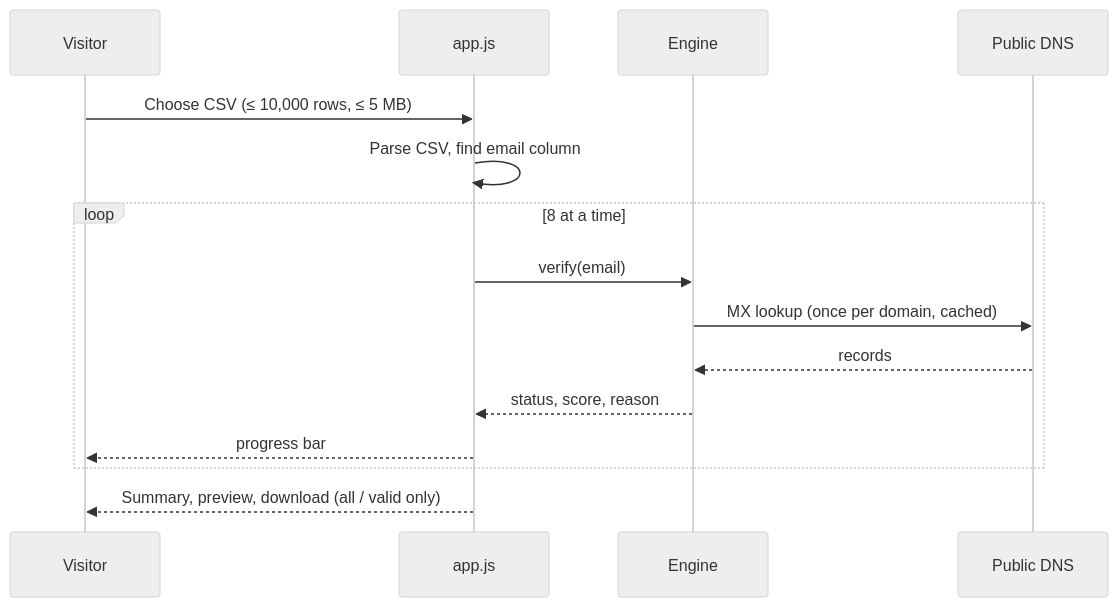
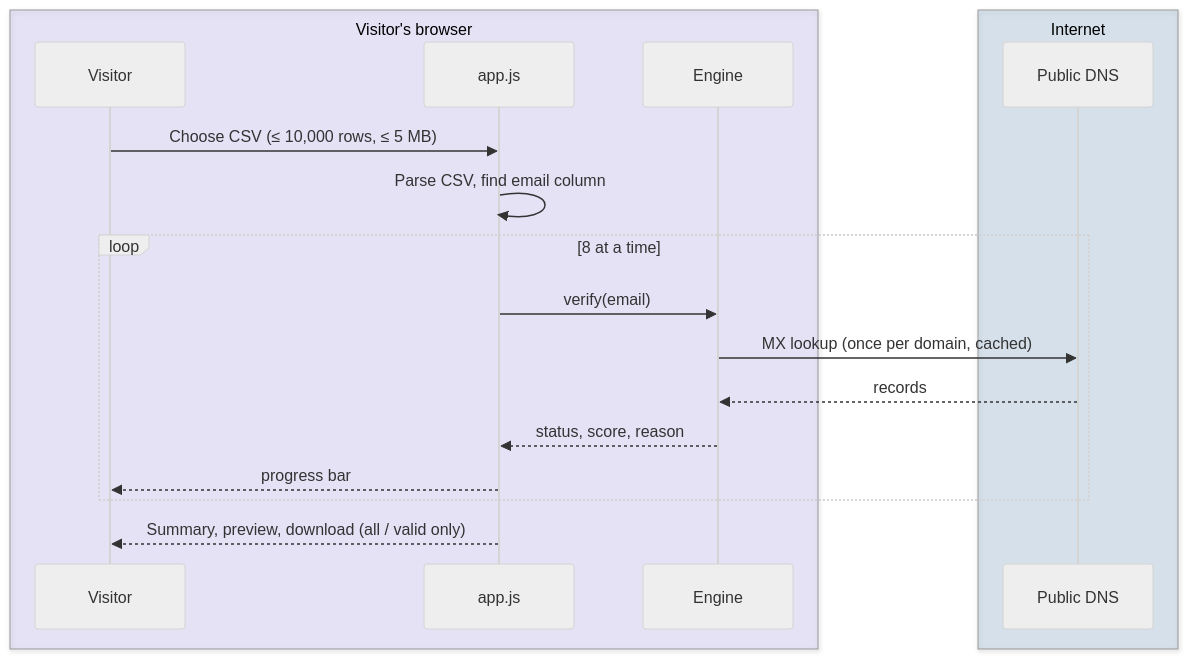
Before and after one commit to nexoradev-stack/Email-Chekkr: the fourth of 7 diagrams in ARCHITECTURE.md, drawn with Mermaid (neutral theme). The commit also changed other lines of this file and 2 other files, not shown here.

First line of the commit message:
Colourful README and architecture diagrams

````diff
--- a/ARCHITECTURE.md
+++ b/ARCHITECTURE.md
@@ -72,17 +145,21 @@
 ```mermaid
 sequenceDiagram
+  box rgba(139,124,255,0.15) Visitor's browser
   participant V as Visitor
   participant App as app.js
   participant Eng as Engine
+  end
+  box rgba(43,108,176,0.15) Internet
   participant DNS as Public DNS
+  end
   V->>App: Choose CSV (≤ 10,000 rows, ≤ 5 MB)
   App->>App: Parse CSV, find email column
   loop 8 at a time
     App->>Eng: verify(email)
     Eng->>DNS: MX lookup (once per domain, cached)
     DNS-->>Eng: records
     Eng-->>App: status, score, reason
     App-->>V: progress bar
   end
   App-->>V: Summary, preview, download (all / valid only)
 ```
````
